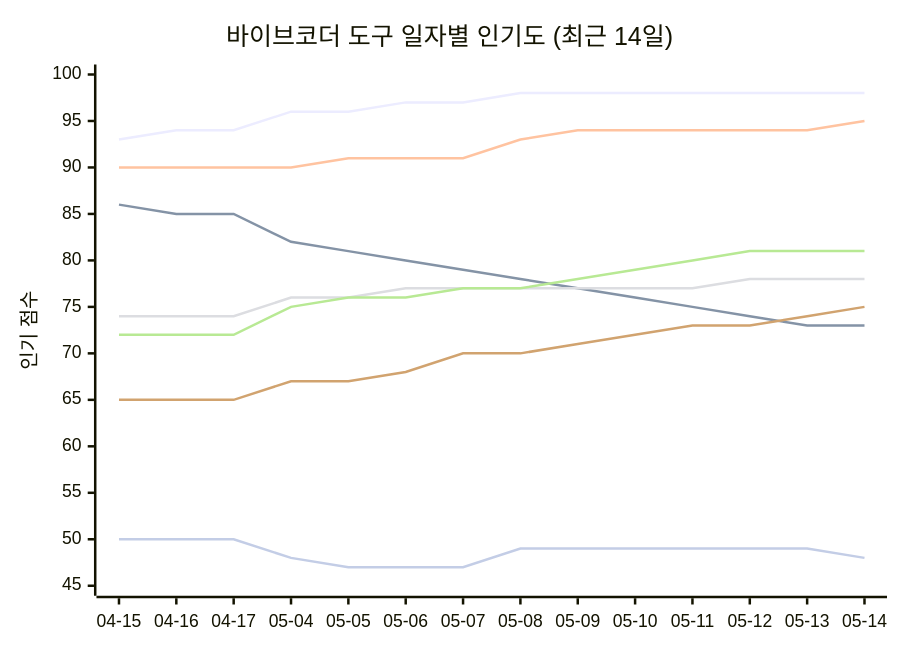
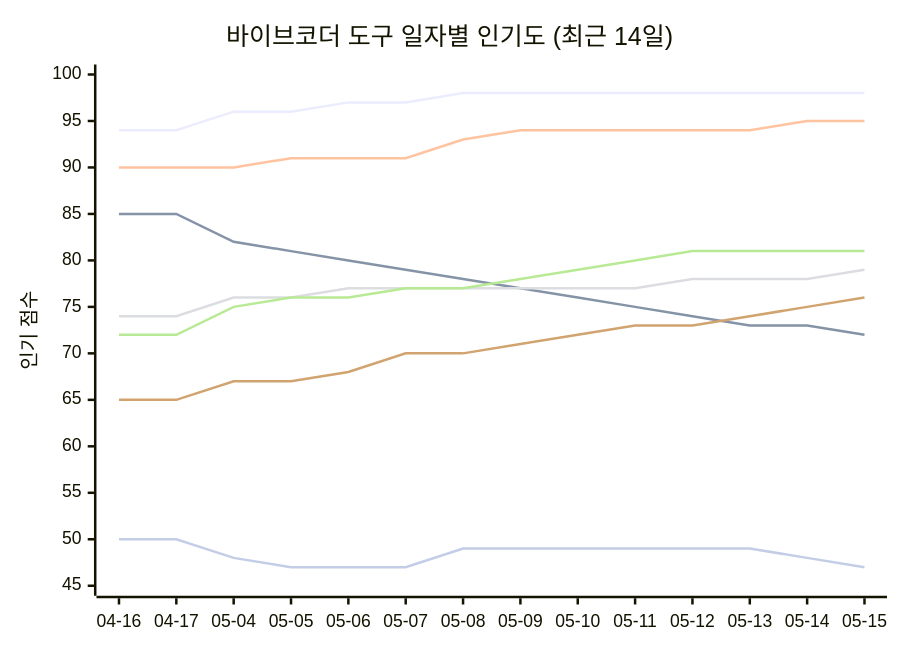
One commit to tykimos/ai-whatchelin changed the seventh of 11 diagrams in README_ko.md. Above: the diagram before and after it, drawn with Mermaid. The commit also changed other lines of this file and 4 other files, not shown here.

````diff
--- a/README_ko.md
+++ b/README_ko.md
@@ -789,13 +801,13 @@
 ```mermaid
 xychart-beta
     title "바이브코더 도구 일자별 인기도 (최근 14일)"
-    x-axis ["04-15", "04-16", "04-17", "05-04", "05-05", "05-06", "05-07", "05-08", "05-09", "05-10", "05-11", "05-12", "05-13", "05-14"]
+    x-axis ["04-16", "04-17", "05-04", "05-05", "05-06", "05-07", "05-08", "05-09", "05-10", "05-11", "05-12", "05-13", "05-14", "05-15"]
     y-axis "인기 점수" 45 --> 100
-    line "Claude Code" [93, 94, 94, 96, 96, 97, 97, 98, 98, 98, 98, 98, 98, 98]
-    line "GH Copilot" [86, 85, 85, 82, 81, 80, 79, 78, 77, 76, 75, 74, 73, 73]
-    line "Cursor" [90, 90, 90, 90, 91, 91, 91, 93, 94, 94, 94, 94, 94, 95]
-    line "Windsurf" [74, 74, 74, 76, 76, 77, 77, 77, 77, 77, 77, 78, 78, 78]
-    line "Codex CLI" [72, 72, 72, 75, 76, 76, 77, 77, 78, 79, 80, 81, 81, 81]
-    line "Gemini CLI" [65, 65, 65, 67, 67, 68, 70, 70, 71, 72, 73, 73, 74, 75]
-    line "Antigravity" [50, 50, 50, 48, 47, 47, 47, 49, 49, 49, 49, 49, 49, 48]
+    line "Claude Code" [94, 94, 96, 96, 97, 97, 98, 98, 98, 98, 98, 98, 98, 98]
+    line "GH Copilot" [85, 85, 82, 81, 80, 79, 78, 77, 76, 75, 74, 73, 73, 72]
+    line "Cursor" [90, 90, 90, 91, 91, 91, 93, 94, 94, 94, 94, 94, 95, 95]
+    line "Windsurf" [74, 74, 76, 76, 77, 77, 77, 77, 77, 77, 78, 78, 78, 79]
+    line "Codex CLI" [72, 72, 75, 76, 76, 77, 77, 78, 79, 80, 81, 81, 81, 81]
+    line "Gemini CLI" [65, 65, 67, 67, 68, 70, 70, 71, 72, 73, 73, 74, 75, 76]
+    line "Antigravity" [50, 50, 48, 47, 47, 47, 49, 49, 49, 49, 49, 49, 48, 47]
 ```
````
